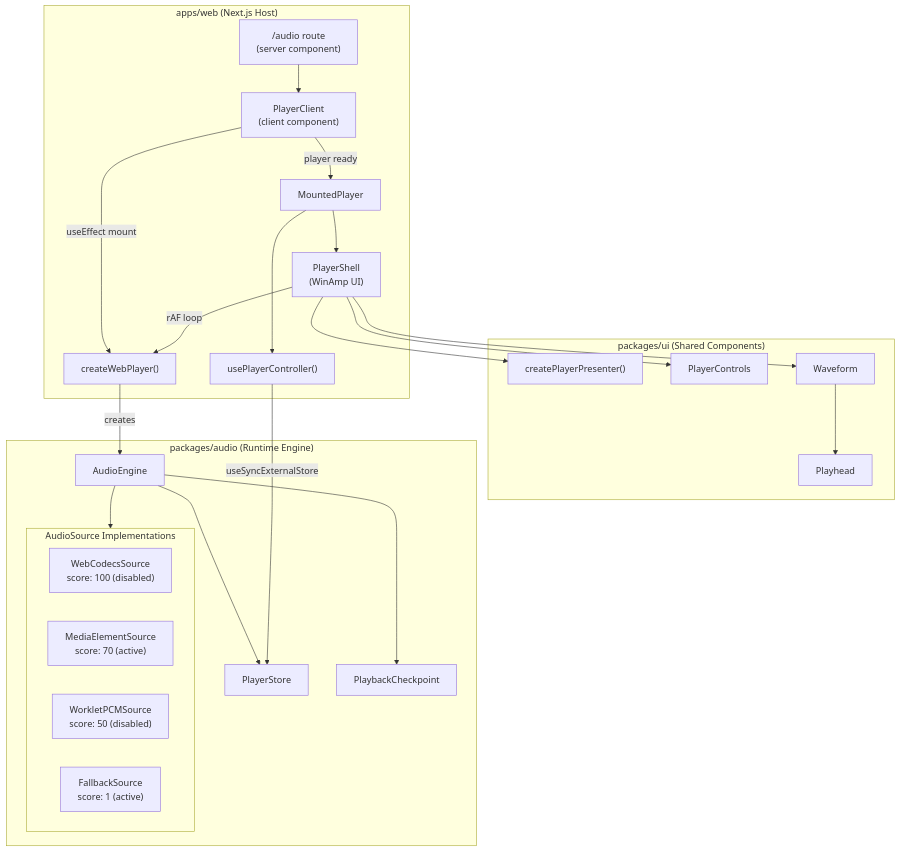
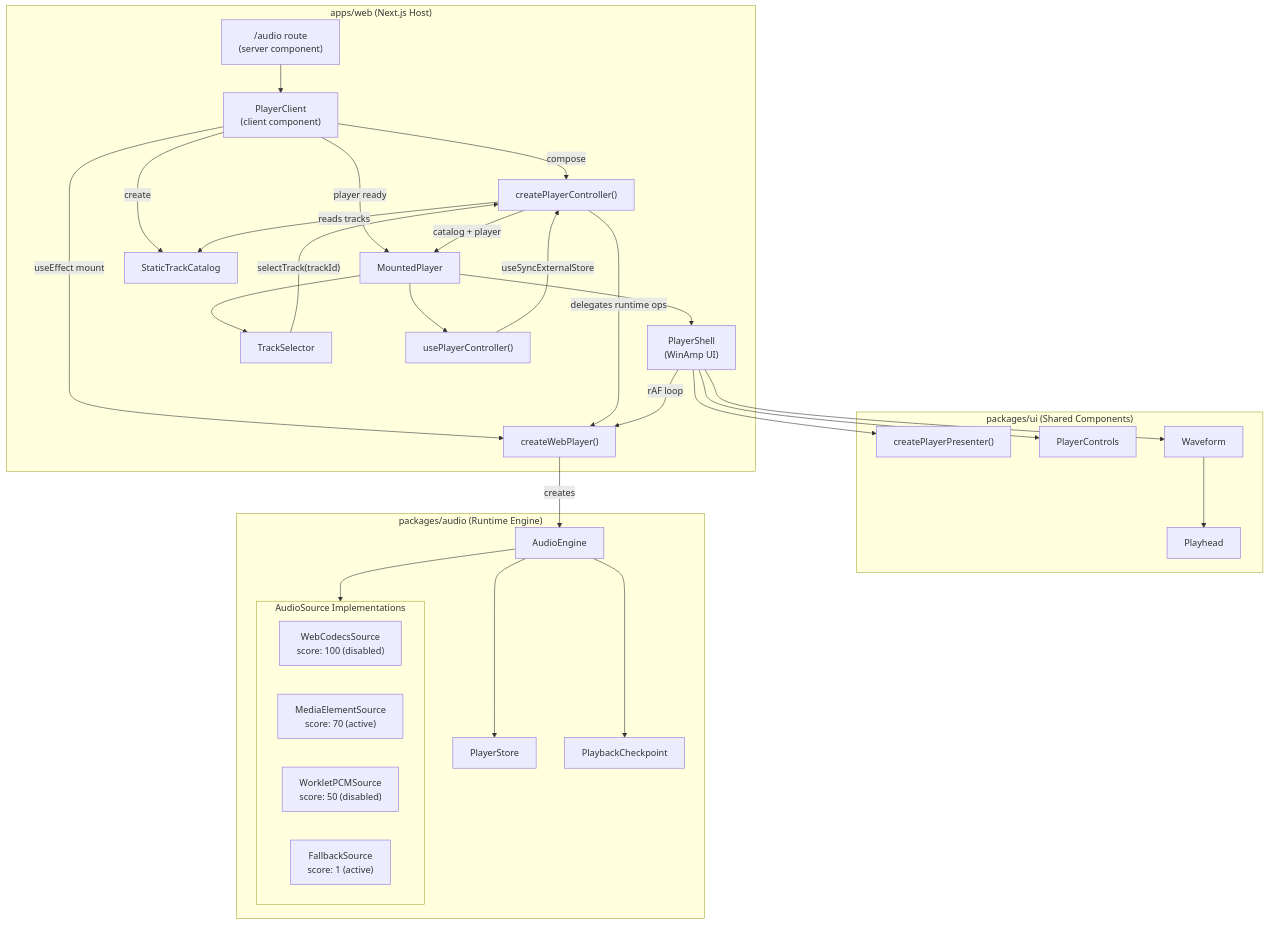
The first of 4 diagrams in docs/diagrams/2026-03-10-web-audio-player-architecture.md (kalynbeach/kkb), drawn with Mermaid before and after one commit. The commit also changed other lines of this file and 27 other files, not shown here.

````diff
--- a/docs/diagrams/2026-03-10-web-audio-player-architecture.md
+++ b/docs/diagrams/2026-03-10-web-audio-player-architecture.md
@@ -9,50 +9,60 @@
 ```mermaid
 flowchart TB
     subgraph Web["apps/web (Next.js Host)"]
         Route["/audio route<br/>(server component)"]
         PC["PlayerClient<br/>(client component)"]
         MS["MountedPlayer"]
         PS["PlayerShell<br/>(WinAmp UI)"]
+        TS["TrackSelector"]
+        CAT["StaticTrackCatalog"]
         CWP["createWebPlayer()"]
+        CTRL["createPlayerController()"]
         UPS["usePlayerController()"]
 
         Route --> PC
+        PC -->|"create"| CAT
         PC -->|"useEffect mount"| CWP
+        PC -->|"compose"| CTRL
         PC -->|"player ready"| MS
+        CTRL -->|"catalog + player"| MS
         MS --> UPS
         MS --> PS
+        MS --> TS
     end
 
     subgraph UI["packages/ui (Shared Components)"]
         Presenter["createPlayerPresenter()"]
         Controls["PlayerControls"]
         Waveform["Waveform"]
         Playhead["Playhead"]
 
         Waveform --> Playhead
     end
 
     subgraph Audio["packages/audio (Runtime Engine)"]
         Engine["AudioEngine"]
         Store["PlayerStore"]
         Checkpoint["PlaybackCheckpoint"]
 
         subgraph Sources["AudioSource Implementations"]
             WCS["WebCodecsSource<br/>score: 100 (disabled)"]
             MES["MediaElementSource<br/>score: 70 (active)"]
             WPS["WorkletPCMSource<br/>score: 50 (disabled)"]
             FS["FallbackSource<br/>score: 1 (active)"]
         end
 
         Engine --> Store
         Engine --> Checkpoint
         Engine --> Sources
     end
 
     CWP -->|"creates"| Engine
-    UPS -->|"useSyncExternalStore"| Store
+    CTRL -->|"delegates runtime ops"| CWP
+    CTRL -->|"reads tracks"| CAT
+    UPS -->|"useSyncExternalStore"| CTRL
     PS -->|"rAF loop"| CWP
     PS --> Presenter
     PS --> Controls
     PS --> Waveform
+    TS -->|"selectTrack(trackId)"| CTRL
 ```
````
